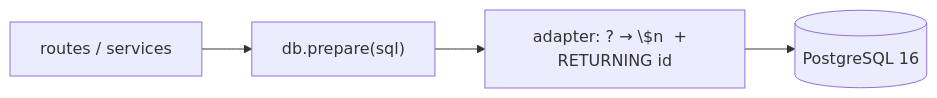
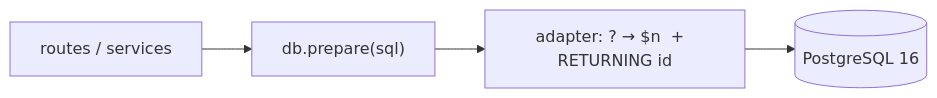
The second of 3 diagrams in docs/exam_features.md (Balladebaderne/cookbook), drawn with Mermaid before and after one commit.

Commit message:
docs(exam): fix Mermaid adapter label escaping in exam_features
Remove stray shell-escape backslash so the diagram renders
'? → $n' as '? → $n' (adapter placeholder), not the literal backslash.

````diff
--- a/docs/exam_features.md
+++ b/docs/exam_features.md
@@ -113,6 +113,6 @@
 ```mermaid
 flowchart LR
     R[routes / services] --> P["db.prepare(sql)"]
-    P --> A["adapter: ? → \$n  +  RETURNING id"]
+    P --> A["adapter: ? → $n  +  RETURNING id"]
     A --> PG[(PostgreSQL 16)]
 ```
````
